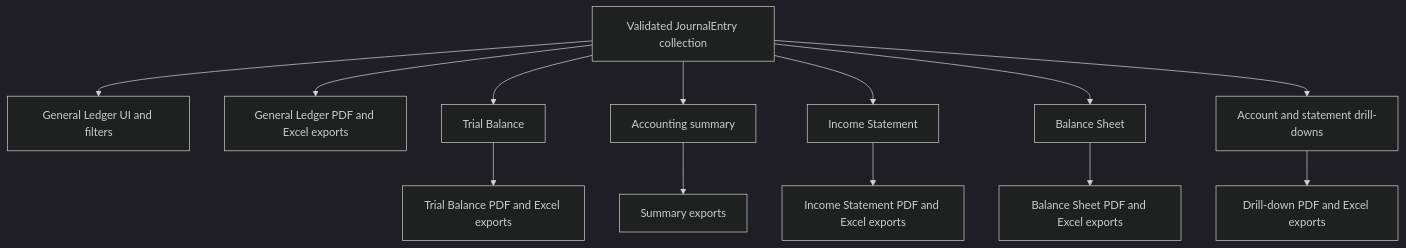
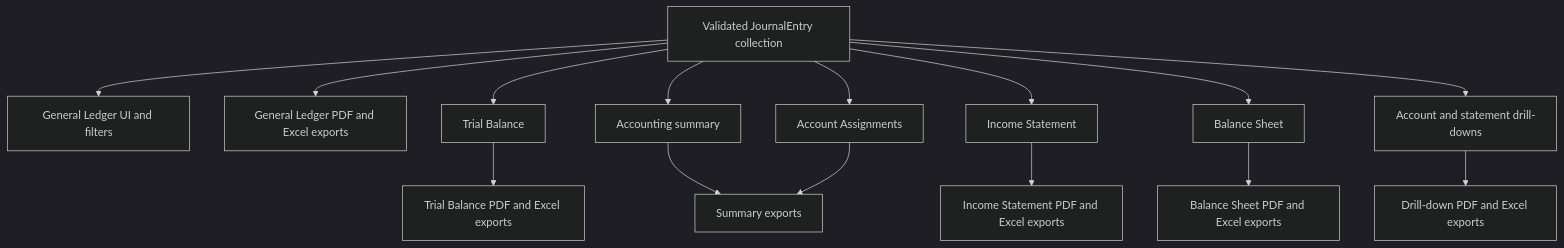
Before and after one commit to globe-and-citizen/cnc-portal: the eighth of 8 diagrams in docs/implementation/accounting-read-model/README.md, drawn with Mermaid (dark theme). The commit also changed other lines of this file and 1 other file, not shown here.

First line of the commit message:
docs: 📝 describe the readable General Ledger PDF and the Account Assignments export

````diff
--- a/docs/implementation/accounting-read-model/README.md
+++ b/docs/implementation/accounting-read-model/README.md
@@ -637,15 +637,17 @@
 ```mermaid
 flowchart TB
     journal[Validated JournalEntry collection] --> ledgerUI[General Ledger UI and filters]
     journal --> ledgerExports[General Ledger PDF and Excel exports]
     journal --> trial[Trial Balance]
     trial --> trialExports[Trial Balance PDF and Excel exports]
     journal --> summary[Accounting summary]
     journal --> income[Income Statement]
     journal --> balance[Balance Sheet]
     journal --> drilldowns[Account and statement drill-downs]
     summary --> summaryExports[Summary exports]
+    journal --> assignments[Account Assignments]
+    assignments --> summaryExports
     income --> incomeExports[Income Statement PDF and Excel exports]
     balance --> balanceExports[Balance Sheet PDF and Excel exports]
     drilldowns --> drilldownExports[Drill-down PDF and Excel exports]
 ```
````
